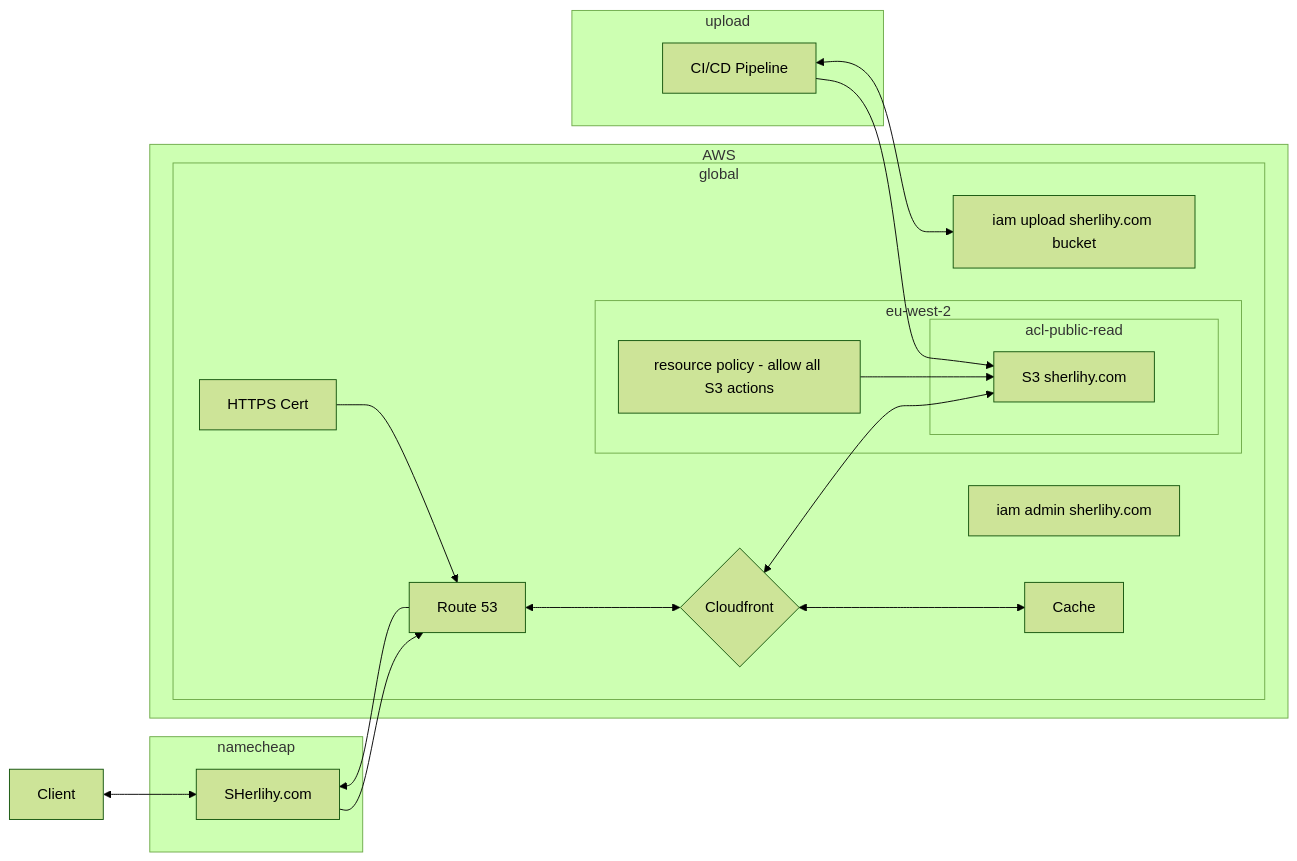
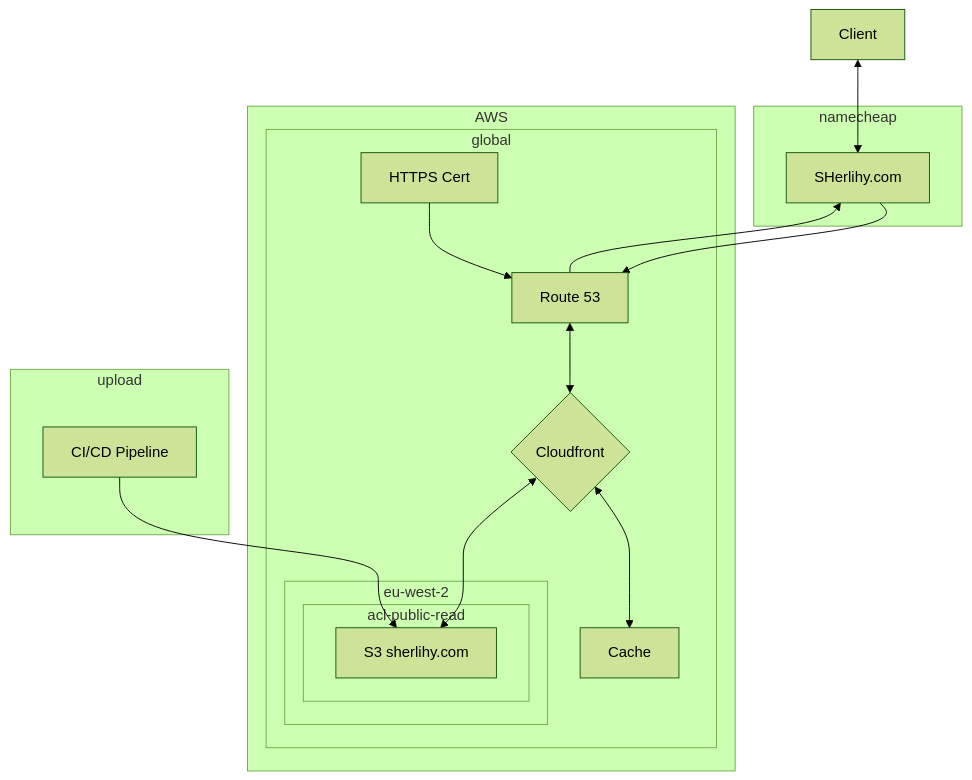
Before and after one commit to SHerlihy/sherlihy-dot-com: the diagram in deployment/infrastructure_diagrams/service_flow/service-flow.md, drawn with Mermaid (forest theme). The commit also changed 9 other files, not shown here.

Commit message:
change html to readme diagram to js

````diff
--- a/deployment/infrastructure_diagrams/service_flow/service-flow.md
+++ b/deployment/infrastructure_diagrams/service_flow/service-flow.md
@@ -1,41 +1,35 @@
 ```mermaid
-            flowchart LR
+            flowchart TB
                 Client <--> Site
                 
                 subgraph namecheap
                     Site[SHerlihy.com]
                 end
 
                 Site --> R53
                 R53 --> Site
 
                 subgraph AWS
                 subgraph global
-                    Uploader[iam upload sherlihy.com bucket]
-                    Admin[iam admin sherlihy.com]
                     DNS{Cloudfront}
                     R53[Route 53]
                     Cert[HTTPS Cert]
                     
                     Cert --> R53
                     R53 <--> DNS
                     DNS <--> Cache
                     DNS <--> S3
                     
                     subgraph eu-west-2
-                    S3AllActions[resource policy - allow all S3 actions]
-                    S3AllActions --> S3
-
                         subgraph acl-public-read
                             S3[S3 sherlihy.com]
                         end
                     end
                 end
                 end
 
                 subgraph upload
                 Actions[CI/CD Pipeline]
                 Actions --> S3
-                Actions <--> Uploader
                 end
 ```
````
